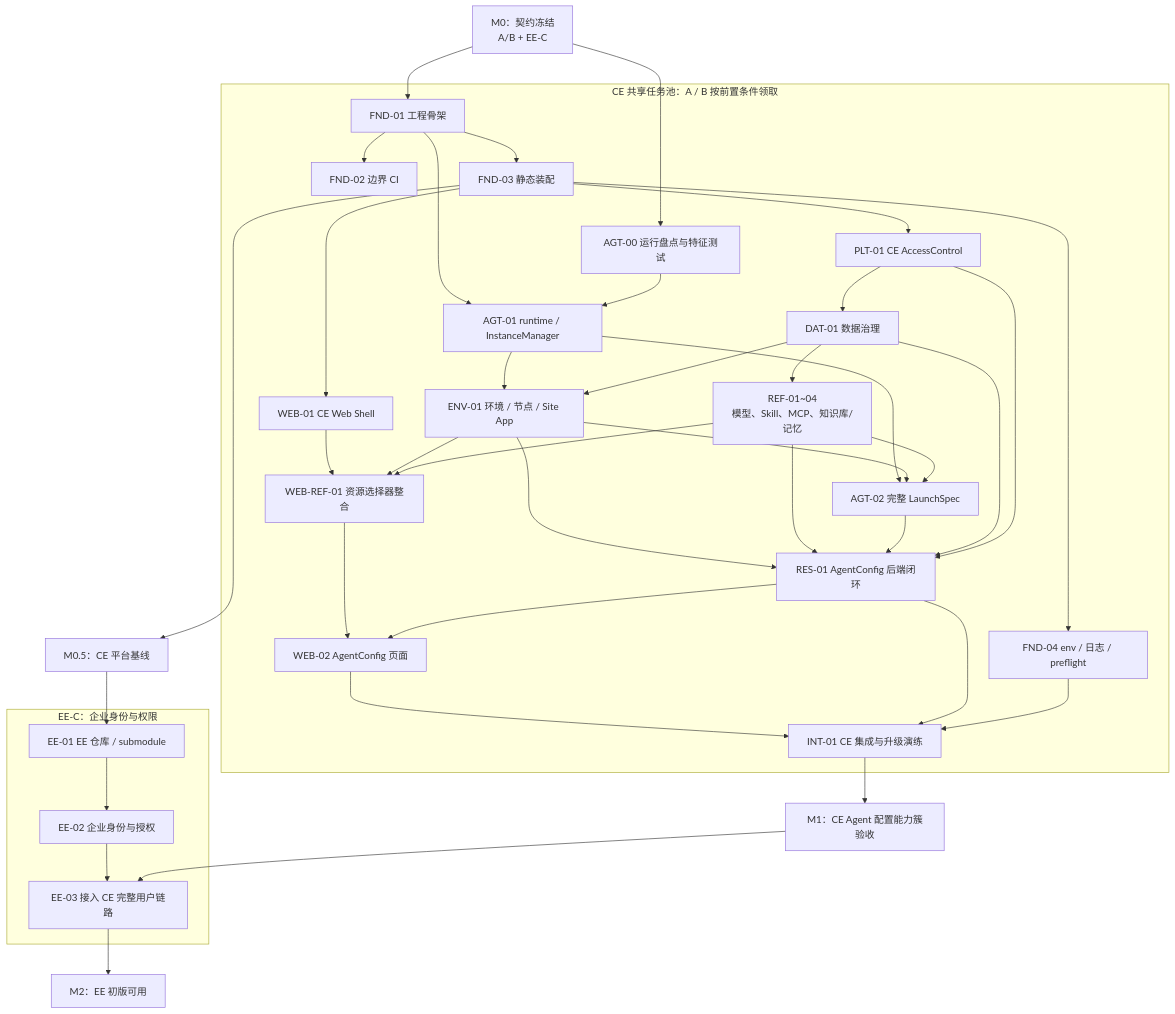
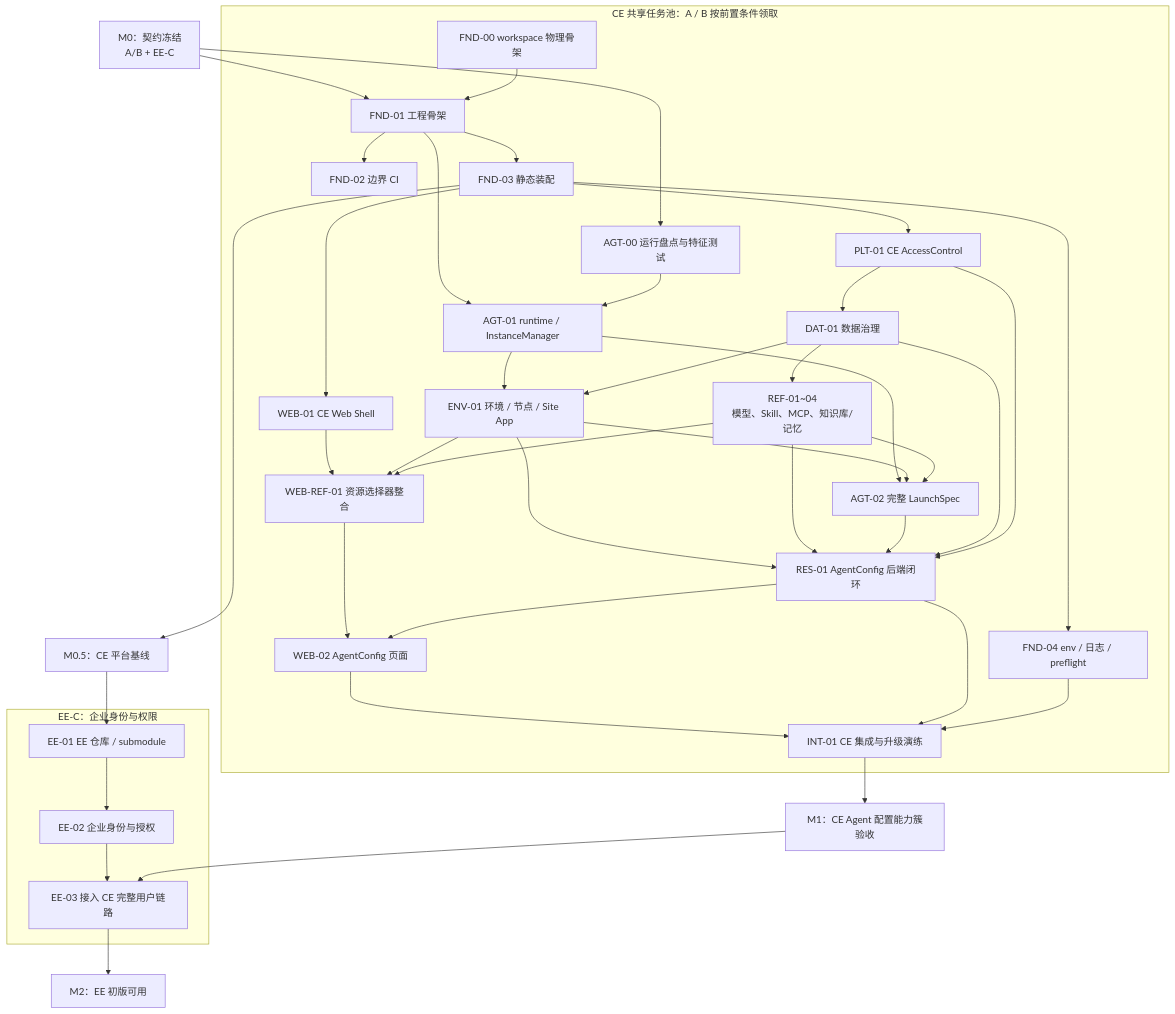
One commit to HuangPuStar/FenixAgent changed the diagram in docs/design/ce-ee-refactoring-collaboration-plan.md. Above: the diagram before and after it, drawn with Mermaid. The commit also changed other lines of this file and 1 other file, not shown here.

````diff
--- a/docs/design/ce-ee-refactoring-collaboration-plan.md
+++ b/docs/design/ce-ee-refactoring-collaboration-plan.md
@@ -32,70 +32,72 @@
 ```mermaid
 flowchart TD
   m0["M0：契约冻结\nA/B + EE-C"]
   m05["M0.5：CE 平台基线"]
   m1["M1：CE Agent 配置能力簇验收"]
   m2["M2：EE 初版可用"]
 
   subgraph ce["CE 共享任务池：A / B 按前置条件领取"]
+    fnd0["FND-00 workspace 物理骨架"]
     fnd1["FND-01 工程骨架"]
     fnd2["FND-02 边界 CI"]
     fnd3["FND-03 静态装配"]
     fnd4["FND-04 env / 日志 / preflight"]
     agt00["AGT-00 运行盘点与特征测试"]
     plt["PLT-01 CE AccessControl"]
     dat["DAT-01 数据治理"]
     agt1["AGT-01 runtime / InstanceManager"]
     refs["REF-01~04\n模型、Skill、MCP、知识库/记忆"]
     env["ENV-01 环境 / 节点 / Site App"]
     agt2["AGT-02 完整 LaunchSpec"]
     web1["WEB-01 CE Web Shell"]
     webref["WEB-REF-01 资源选择器整合"]
     res["RES-01 AgentConfig 后端闭环"]
     web2["WEB-02 AgentConfig 页面"]
     int["INT-01 CE 集成与升级演练"]
   end
 
   subgraph ee["EE-C：企业身份与权限"]
     ee1["EE-01 EE 仓库 / submodule"]
     ee2["EE-02 企业身份与授权"]
     ee3["EE-03 接入 CE 完整用户链路"]
   end
 
+  fnd0 --> fnd1
   m0 --> fnd1
   m0 --> agt00
   fnd1 --> fnd2
   fnd1 --> fnd3
   fnd3 --> m05
   fnd3 --> fnd4
   fnd3 --> plt
   plt --> dat
   agt00 --> agt1
   fnd1 --> agt1
   fnd3 --> web1
   dat --> refs
   dat --> env
   agt1 --> env
   refs --> agt2
   env --> agt2
   agt1 --> agt2
   refs --> webref
   env --> webref
   web1 --> webref
   plt --> res
   dat --> res
   agt2 --> res
   refs --> res
   env --> res
   res --> web2
   webref --> web2
   fnd4 --> int
   res --> int
   web2 --> int
   int --> m1
 
   m05 --> ee1
   ee1 --> ee2
   m1 --> ee3
   ee2 --> ee3
   ee3 --> m2
 ```
````
